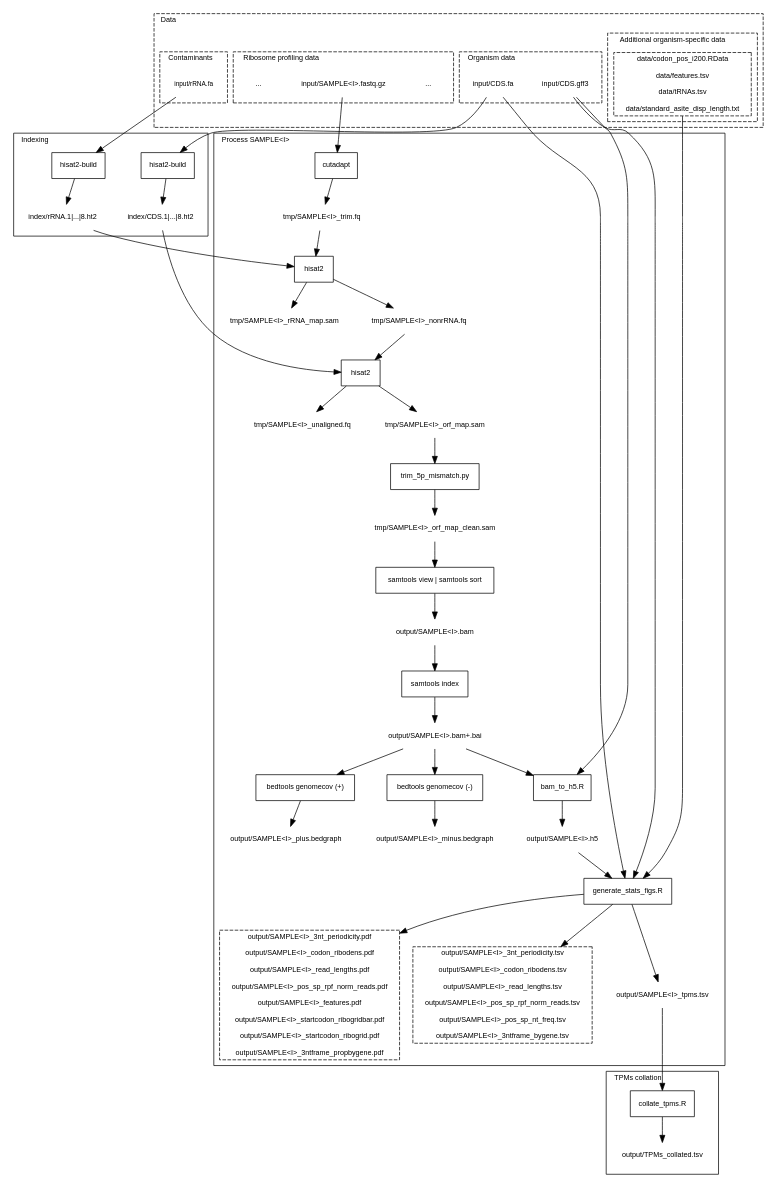
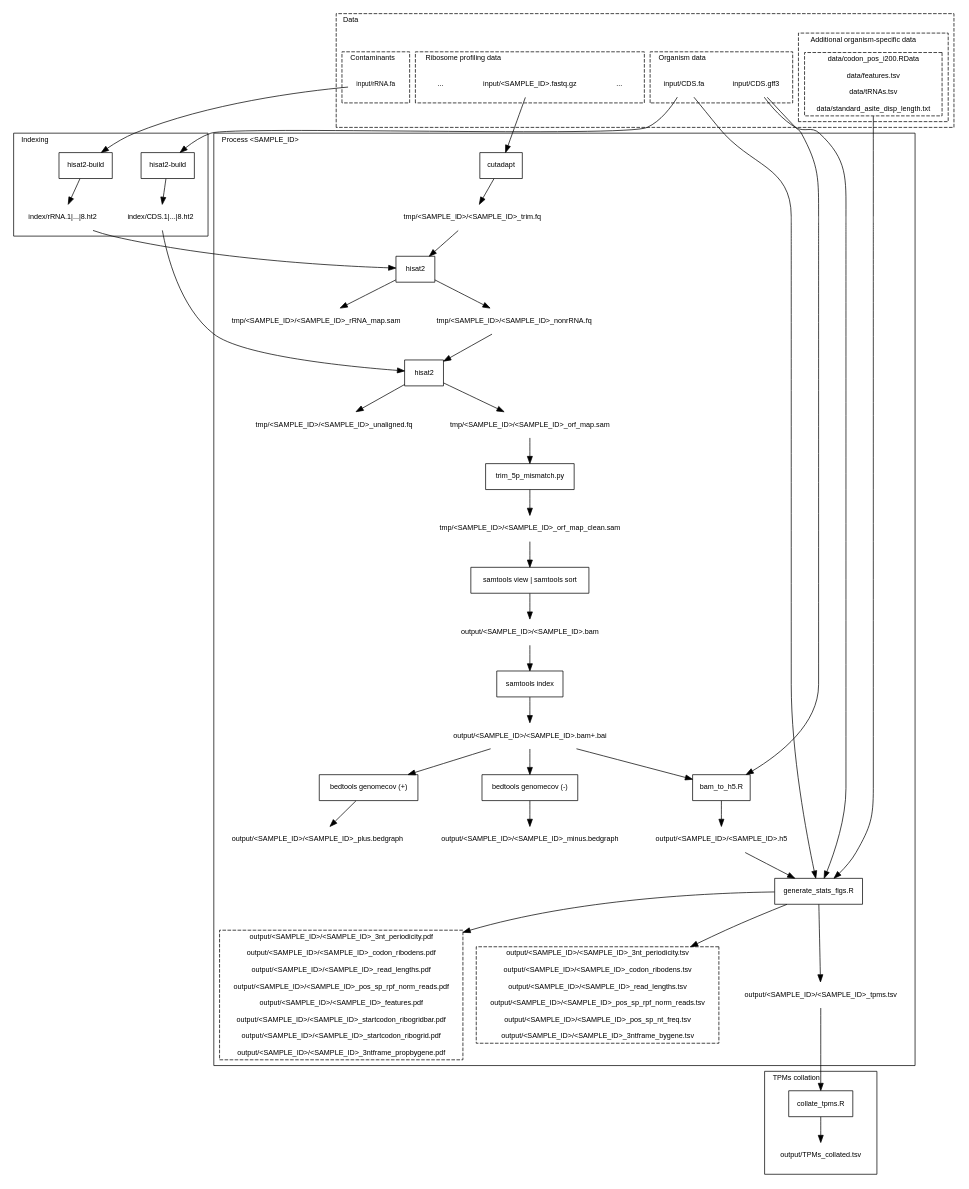
The diagram in docs/images/workflow.dot (riboviz/riboviz), drawn with Graphviz before and after one commit. The commit also changed 5 other files, not shown here.

```diff
--- a/docs/images/workflow.dot
+++ b/docs/images/workflow.dot
@@ -1,154 +1,156 @@
 digraph G {
   graph [ fontname=Helvetica, fontsize=10, compound=true ]
   node [ fontname=Helvetica, fontsize=10 ]
   edge [ fontname=Helvetica, fontsize=10 ]
 
   subgraph cluster_data {
     label = "Data"
     labeljust = "l"
     style = dashed
 
     subgraph cluster_organism {
       label = "Organism data"
       labeljust = "l"
       style = dashed
 
       "input/CDS.fa"  [shape=plaintext]
       "input/CDS.gff3" [shape=plaintext]
     }
 
     subgraph cluster_contaminants {
       label = "Contaminants"
       labeljust = "l"
       style = dashed
-     "input/rRNA.fa"  [shape=plaintext, fontsize=9]
+
+      "input/rRNA.fa"  [shape=plaintext, fontsize=9]
     }
 
     subgraph cluster_additional_organism {
       label = "Additional organism-specific data"
       labeljust = "l"
       style = dashed
 
       data [label="data/codon_pos_i200.RData\n
 data/features.tsv\n
 data/tRNAs.tsv\n
 data/standard_asite_disp_length.txt"] [shape=box, style=dashed]
     }
 
     subgraph cluster_ribosome {
       label = "Ribosome profiling data"
       labeljust = "l"
       style = dashed
 
       ribosome_data0toI [label="..."] [shape=plaintext]
-      "input/SAMPLE<I>.fastq.gz" [shape=plaintext]
+      "input/<SAMPLE_ID>.fastq.gz" [shape=plaintext]
       ribosome_dataItoN [label="..."] [shape=plaintext]
     }
   }
   
   subgraph cluster_indexing {
     label = "Indexing"
     labeljust = "l"
 
     h2build1 [label="hisat2-build"] [shape=box]
     h2build2 [label="hisat2-build"] [shape=box]
 
     "index/rRNA.1|...|8.ht2" [shape=plaintext]
     "index/CDS.1|...|8.ht2" [shape=plaintext]
 
     "input/rRNA.fa" -> h2build1 -> "index/rRNA.1|...|8.ht2"
     "input/CDS.fa" -> h2build2 -> "index/CDS.1|...|8.ht2"
   }
 
   subgraph cluster_per_sample_processing {
-    label = "Process SAMPLE<I>"
+    label = "Process <SAMPLE_ID>"
     labeljust = "l"
 
     cut [label="cutadapt"] [shape=box]
     h21 [label="hisat2"] [shape=box]
     h22 [label="hisat2"] [shape=box]
     samindex [label="samtools index"] [shape=box]
     samview [label="samtools view | samtools sort"] [shape=box]
     trim [label="trim_5p_mismatch.py"] [shape=box]
     bedplus [label="bedtools genomecov (+)"] [shape=box]
     bedminus [label="bedtools genomecov (-)"] [shape=box]
     bam2h5 [label="bam_to_h5.R"] [shape=box]
     statsfigs [label="generate_stats_figs.R"] [shape=box]
 
-    "tmp/SAMPLE<I>_trim.fq" [shape=plaintext]
-    "tmp/SAMPLE<I>_rRNA_map.sam" [shape=plaintext]
-    "tmp/SAMPLE<I>_nonrRNA.fq" [shape=plaintext]
-    "tmp/SAMPLE<I>_unaligned.fq" [shape=plaintext]
-    "tmp/SAMPLE<I>_orf_map.sam" [shape=plaintext]
-    "tmp/SAMPLE<I>_orf_map_clean.sam" [shape=plaintext]
-    "output/SAMPLE<I>.bam" [shape=plaintext]
-    "output/SAMPLE<I>.bam+.bai" [shape=plaintext]
-    "output/SAMPLE<I>_plus.bedgraph" [shape=plaintext]
-    "output/SAMPLE<I>_minus.bedgraph" [shape=plaintext]
-    "output/SAMPLE<I>.h5" [shape=plaintext]
+    "tmp/<SAMPLE_ID>/<SAMPLE_ID>_trim.fq" [shape=plaintext]
+    "tmp/<SAMPLE_ID>/<SAMPLE_ID>_rRNA_map.sam" [shape=plaintext]
+    "tmp/<SAMPLE_ID>/<SAMPLE_ID>_nonrRNA.fq" [shape=plaintext]
+    "tmp/<SAMPLE_ID>/<SAMPLE_ID>_unaligned.fq" [shape=plaintext]
+    "tmp/<SAMPLE_ID>/<SAMPLE_ID>_orf_map.sam" [shape=plaintext]
+    "tmp/<SAMPLE_ID>/<SAMPLE_ID>_orf_map_clean.sam" [shape=plaintext]
+    "output/<SAMPLE_ID>/<SAMPLE_ID>.bam" [shape=plaintext]
+    "output/<SAMPLE_ID>/<SAMPLE_ID>.bam+.bai" [shape=plaintext]
+    "output/<SAMPLE_ID>/<SAMPLE_ID>_plus.bedgraph" [shape=plaintext]
+    "output/<SAMPLE_ID>/<SAMPLE_ID>_minus.bedgraph" [shape=plaintext]
+    "output/<SAMPLE_ID>/<SAMPLE_ID>.h5" [shape=plaintext]
 
-    pdfs [label="output/SAMPLE<I>_3nt_periodicity.pdf\n
-output/SAMPLE<I>_codon_ribodens.pdf\n
-output/SAMPLE<I>_read_lengths.pdf\n
-output/SAMPLE<I>_pos_sp_rpf_norm_reads.pdf\n
-output/SAMPLE<I>_features.pdf\n
-output/SAMPLE<I>_startcodon_ribogridbar.pdf\n
-output/SAMPLE<I>_startcodon_ribogrid.pdf\n
-output/SAMPLE<I>_3ntframe_propbygene.pdf
+    pdfs [label="output/<SAMPLE_ID>/<SAMPLE_ID>_3nt_periodicity.pdf\n
+output/<SAMPLE_ID>/<SAMPLE_ID>_codon_ribodens.pdf\n
+output/<SAMPLE_ID>/<SAMPLE_ID>_read_lengths.pdf\n
+output/<SAMPLE_ID>/<SAMPLE_ID>_pos_sp_rpf_norm_reads.pdf\n
+output/<SAMPLE_ID>/<SAMPLE_ID>_features.pdf\n
+output/<SAMPLE_ID>/<SAMPLE_ID>_startcodon_ribogridbar.pdf\n
+output/<SAMPLE_ID>/<SAMPLE_ID>_startcodon_ribogrid.pdf\n
+output/<SAMPLE_ID>/<SAMPLE_ID>_3ntframe_propbygene.pdf
 "] [shape=box, style=dashed]
 
-    tsvs [label="output/SAMPLE<I>_3nt_periodicity.tsv\n
-output/SAMPLE<I>_codon_ribodens.tsv\n
-output/SAMPLE<I>_read_lengths.tsv\n
-output/SAMPLE<I>_pos_sp_rpf_norm_reads.tsv\n
-output/SAMPLE<I>_pos_sp_nt_freq.tsv\n
-output/SAMPLE<I>_3ntframe_bygene.tsv
+    tsvs [label="output/<SAMPLE_ID>/<SAMPLE_ID>_3nt_periodicity.tsv\n
+output/<SAMPLE_ID>/<SAMPLE_ID>_codon_ribodens.tsv\n
+output/<SAMPLE_ID>/<SAMPLE_ID>_read_lengths.tsv\n
+output/<SAMPLE_ID>/<SAMPLE_ID>_pos_sp_rpf_norm_reads.tsv\n
+output/<SAMPLE_ID>/<SAMPLE_ID>_pos_sp_nt_freq.tsv\n
+output/<SAMPLE_ID>/<SAMPLE_ID>_3ntframe_bygene.tsv
 "] [shape=box, style=dashed]
 
-    "output/SAMPLE<I>_tpms.tsv" [shape=plaintext]
-    "input/SAMPLE<I>.fastq.gz" -> cut -> "tmp/SAMPLE<I>_trim.fq"
+    "output/<SAMPLE_ID>/<SAMPLE_ID>_tpms.tsv" [shape=plaintext]
 
-    "tmp/SAMPLE<I>_trim.fq" -> h21
+    "input/<SAMPLE_ID>.fastq.gz" -> cut -> "tmp/<SAMPLE_ID>/<SAMPLE_ID>_trim.fq"
+
+    "tmp/<SAMPLE_ID>/<SAMPLE_ID>_trim.fq" -> h21
     "index/rRNA.1|...|8.ht2" -> h21
-    h21 -> "tmp/SAMPLE<I>_rRNA_map.sam"
-    h21 -> "tmp/SAMPLE<I>_nonrRNA.fq"
+    h21 -> "tmp/<SAMPLE_ID>/<SAMPLE_ID>_rRNA_map.sam"
+    h21 -> "tmp/<SAMPLE_ID>/<SAMPLE_ID>_nonrRNA.fq"
 
     "index/CDS.1|...|8.ht2" -> h22
-    "tmp/SAMPLE<I>_nonrRNA.fq" -> h22
-    h22 -> "tmp/SAMPLE<I>_unaligned.fq"
-    h22 -> "tmp/SAMPLE<I>_orf_map.sam"
+    "tmp/<SAMPLE_ID>/<SAMPLE_ID>_nonrRNA.fq" -> h22
+    h22 -> "tmp/<SAMPLE_ID>/<SAMPLE_ID>_unaligned.fq"
+    h22 -> "tmp/<SAMPLE_ID>/<SAMPLE_ID>_orf_map.sam"
 
-    "tmp/SAMPLE<I>_orf_map.sam" -> trim -> "tmp/SAMPLE<I>_orf_map_clean.sam"
-    "tmp/SAMPLE<I>_orf_map_clean.sam" -> samview -> "output/SAMPLE<I>.bam"
-    "output/SAMPLE<I>.bam" -> samindex
-    samindex -> "output/SAMPLE<I>.bam+.bai"
+    "tmp/<SAMPLE_ID>/<SAMPLE_ID>_orf_map.sam" -> trim -> "tmp/<SAMPLE_ID>/<SAMPLE_ID>_orf_map_clean.sam"
+    "tmp/<SAMPLE_ID>/<SAMPLE_ID>_orf_map_clean.sam" -> samview -> "output/<SAMPLE_ID>/<SAMPLE_ID>.bam"
+    "output/<SAMPLE_ID>/<SAMPLE_ID>.bam" -> samindex
+    samindex -> "output/<SAMPLE_ID>/<SAMPLE_ID>.bam+.bai"
 
-    "output/SAMPLE<I>.bam+.bai" -> bedplus -> "output/SAMPLE<I>_plus.bedgraph"
-    "output/SAMPLE<I>.bam+.bai" -> bedminus -> "output/SAMPLE<I>_minus.bedgraph"
+    "output/<SAMPLE_ID>/<SAMPLE_ID>.bam+.bai" -> bedplus -> "output/<SAMPLE_ID>/<SAMPLE_ID>_plus.bedgraph"
+    "output/<SAMPLE_ID>/<SAMPLE_ID>.bam+.bai" -> bedminus -> "output/<SAMPLE_ID>/<SAMPLE_ID>_minus.bedgraph"
 
-    "output/SAMPLE<I>.bam+.bai" -> bam2h5
+    "output/<SAMPLE_ID>/<SAMPLE_ID>.bam+.bai" -> bam2h5
     "input/CDS.gff3" -> bam2h5
-    bam2h5 -> "output/SAMPLE<I>.h5"
+    bam2h5 -> "output/<SAMPLE_ID>/<SAMPLE_ID>.h5"
 
-    "output/SAMPLE<I>.h5" -> statsfigs
+    "output/<SAMPLE_ID>/<SAMPLE_ID>.h5" -> statsfigs
     "input/CDS.fa" -> statsfigs
     "input/CDS.gff3" -> statsfigs
     data -> statsfigs
 
     statsfigs -> pdfs
     statsfigs -> tsvs
-    statsfigs -> "output/SAMPLE<I>_tpms.tsv"
+    statsfigs -> "output/<SAMPLE_ID>/<SAMPLE_ID>_tpms.tsv"
   }
 
   subgraph cluster_tpms_collation {
     label = "TPMs collation"
     labeljust = "l"
 
     collate [label="collate_tpms.R"] [shape=box]
 
     "output/TPMs_collated.tsv" [shape=plaintext]
 
-    "output/SAMPLE<I>_tpms.tsv" -> collate
+    "output/<SAMPLE_ID>/<SAMPLE_ID>_tpms.tsv" -> collate
     collate -> "output/TPMs_collated.tsv"
   }
 }
```
